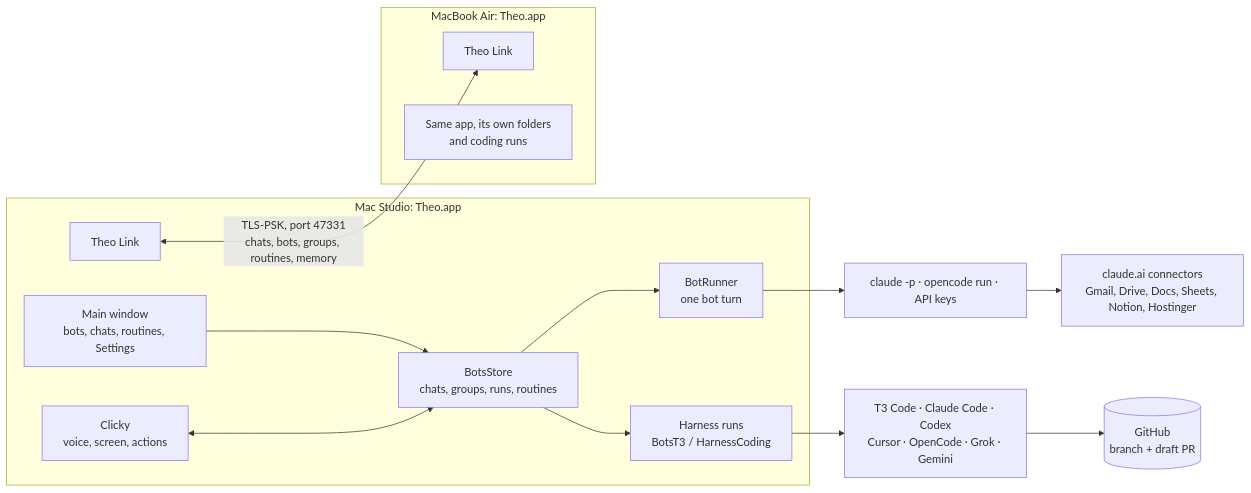
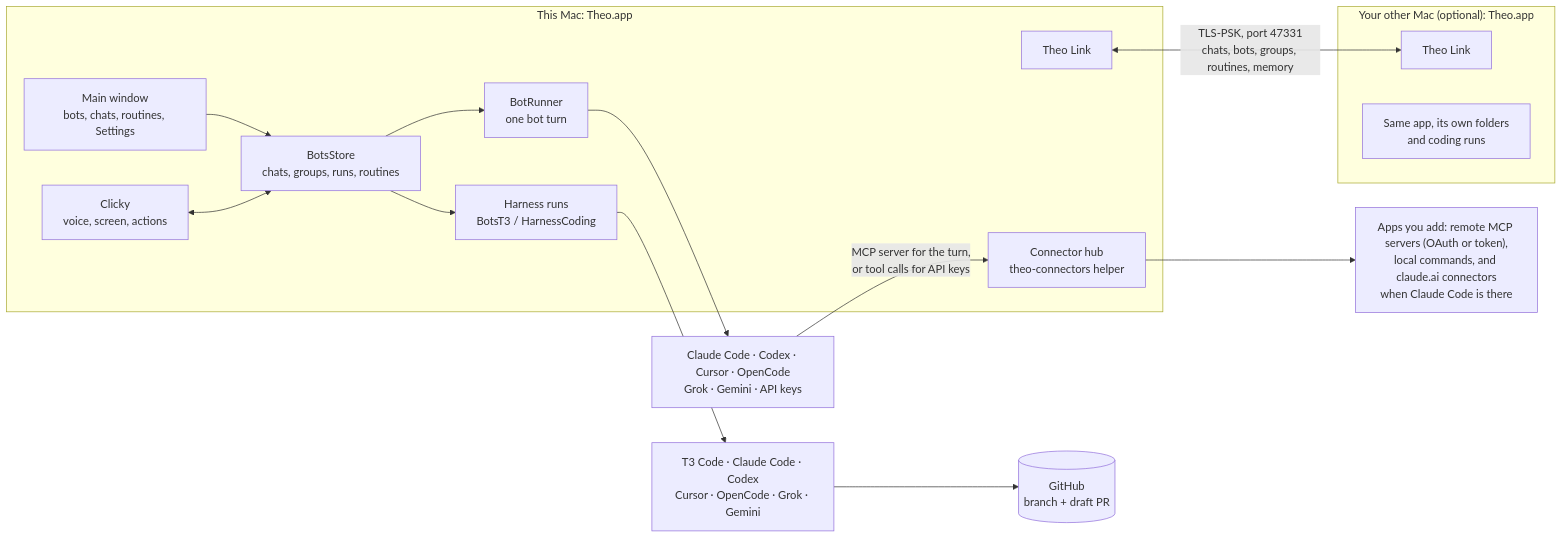
Before and after one commit to adhyanmahajan26-boop/clicky: the diagram in docs/ARCHITECTURE.md, drawn with Mermaid. The commit also changed other lines of this file and 1 other file, not shown here.

First line of the commit message:
Docs: the connector hub and any Mac in the architecture map, and the stranger tests

````diff
--- a/docs/ARCHITECTURE.md
+++ b/docs/ARCHITECTURE.md
@@ -18,23 +20,25 @@
 ```mermaid
 flowchart LR
-  subgraph Studio["Mac Studio: Theo.app"]
+  subgraph ThisMac["This Mac: Theo.app"]
     UI[Main window<br/>bots, chats, routines, Settings]
     Store[BotsStore<br/>chats, groups, runs, routines]
     Runner[BotRunner<br/>one bot turn]
     Coding[Harness runs<br/>BotsT3 / HarnessCoding]
     Clicky[Clicky<br/>voice, screen, actions]
+    Hub[Connector hub<br/>theo-connectors helper]
     Link1[Theo Link]
     UI --> Store --> Runner
     Store --> Coding
     Clicky <--> Store
   end
-  subgraph Air["MacBook Air: Theo.app"]
+  subgraph OtherMac["Your other Mac (optional): Theo.app"]
     Link2[Theo Link]
-    AirApp[Same app, its own folders<br/>and coding runs]
+    OtherApp[Same app, its own folders<br/>and coding runs]
   end
   Link1 <-- "TLS-PSK, port 47331<br/>chats, bots, groups, routines, memory" --> Link2
-  Runner --> Engines["claude -p · opencode run · API keys"]
-  Engines --> Connectors["claude.ai connectors<br/>Gmail, Drive, Docs, Sheets, Notion, Hostinger"]
+  Runner --> Brains["Claude Code · Codex · Cursor · OpenCode<br/>Grok · Gemini · API keys"]
+  Brains -- "MCP server for the turn,<br/>or tool calls for API keys" --> Hub
+  Hub --> Apps["Apps you add: remote MCP servers (OAuth or token),<br/>local commands, and claude.ai connectors<br/>when Claude Code is there"]
   Coding --> CLIs["T3 Code · Claude Code · Codex<br/>Cursor · OpenCode · Grok · Gemini"]
   CLIs --> GitHub[(GitHub<br/>branch + draft PR)]
 ```
````
